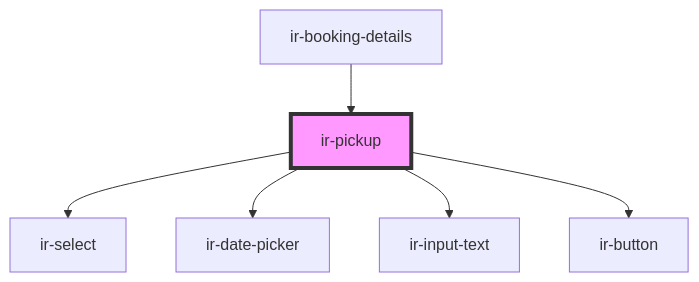
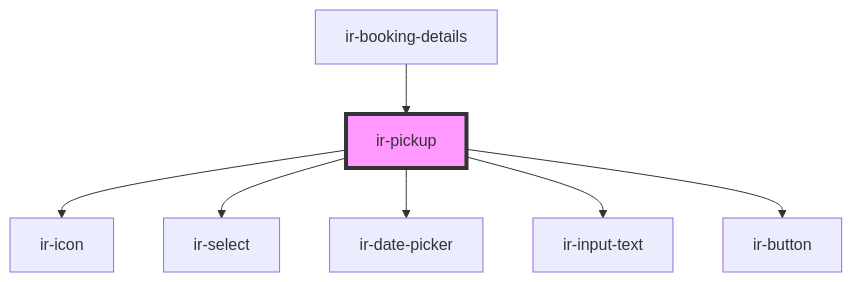
One commit to David1Chowaifaty/modified-ir-webcmp changed the diagram in src/components/ir-booking-details/ir-pickup/readme.md. Above: the diagram before and after it, drawn with Mermaid. The commit also changed other lines of this file and 28 other files, not shown here.

````diff
--- a/src/components/ir-booking-details/ir-pickup/readme.md
+++ b/src/components/ir-booking-details/ir-pickup/readme.md
@@ -39,9 +40,10 @@
 ```mermaid
 graph TD;
+  ir-pickup --> ir-icon
   ir-pickup --> ir-select
   ir-pickup --> ir-date-picker
   ir-pickup --> ir-input-text
   ir-pickup --> ir-button
   ir-booking-details --> ir-pickup
   style ir-pickup fill:#f9f,stroke:#333,stroke-width:4px
 ```
````
